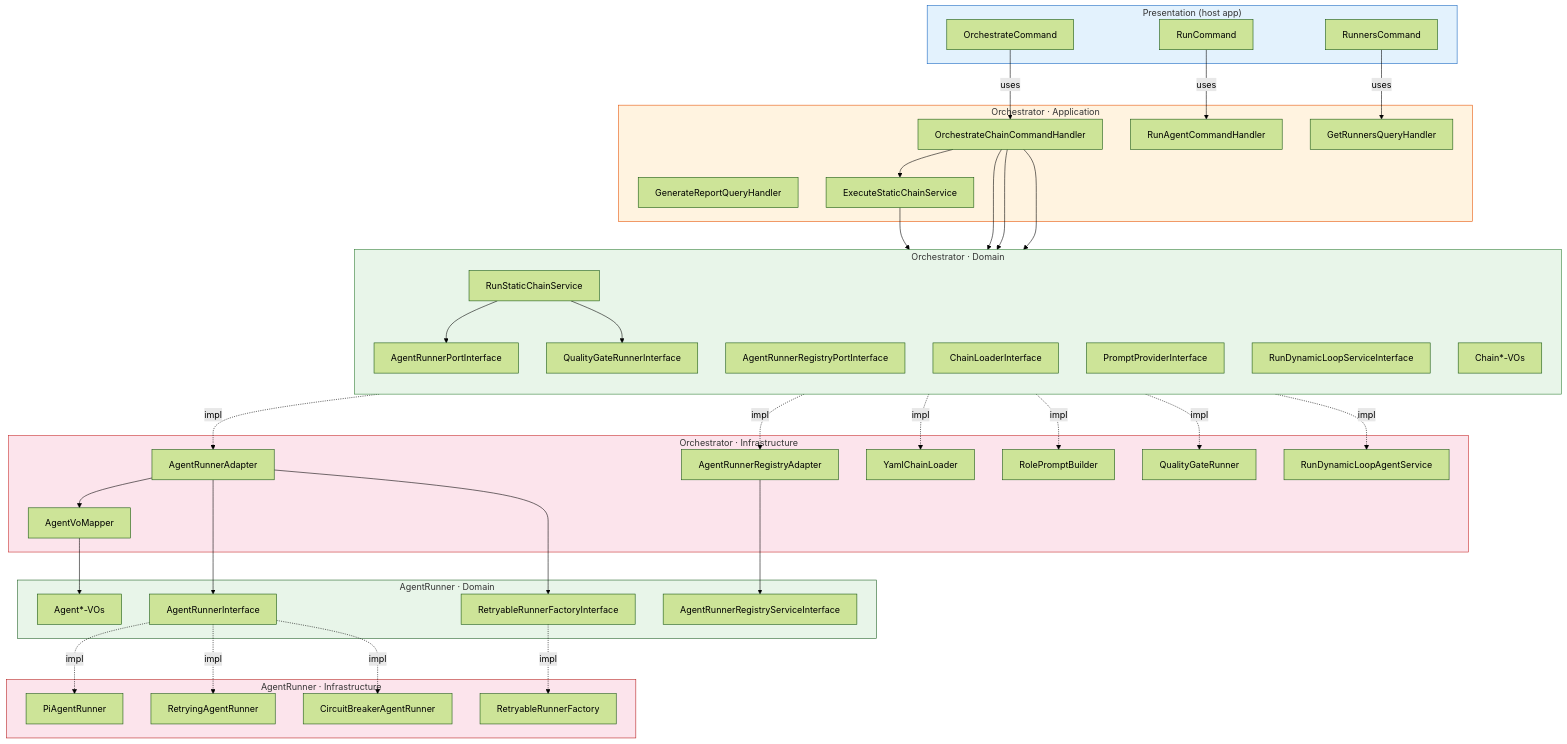
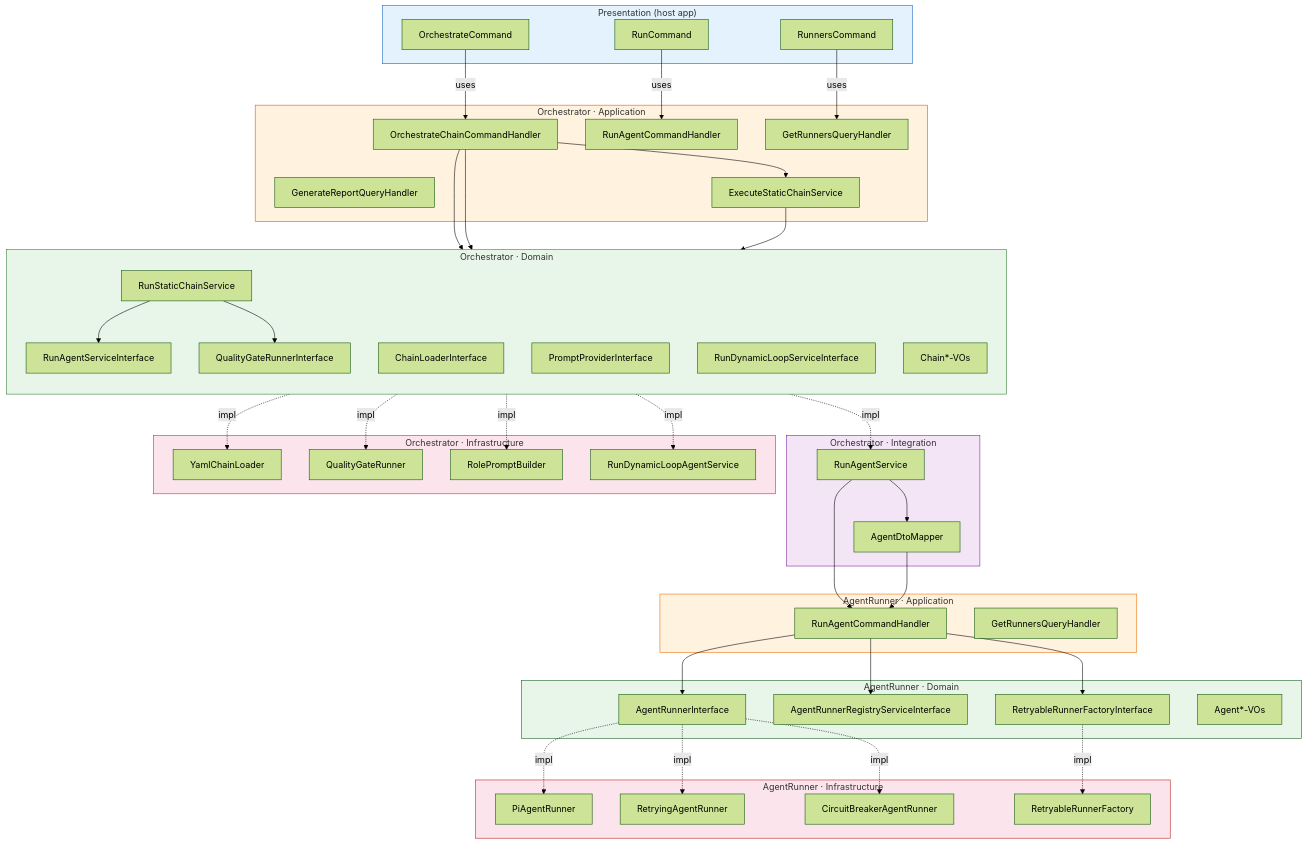
The first of 9 diagrams in docs/guide/diagrams.md (prikotov/task-orchestrator), drawn with Mermaid (forest theme) before and after one commit. The commit also changed other lines of this file and 7 other files, not shown here.

Commit message:
docs(Orchestrator): sync architecture docs from Port/Adapter to Integration layer and add Team Lead delegation rules / синхронизировать архитектурную документацию с кодом и добавить правила делегирования Тимлида

````diff
--- a/docs/guide/diagrams.md
+++ b/docs/guide/diagrams.md
@@ -24,8 +24,7 @@
 
     subgraph OrchDomain["Orchestrator · Domain"]
         direction TB
-        PORT["AgentRunnerPortInterface"]
-        REG_PORT["AgentRunnerRegistryPortInterface"]
+        RASI["RunAgentServiceInterface"]
         CL["ChainLoaderInterface"]
         PP["PromptProviderInterface"]
         QGI["QualityGateRunnerInterface"]
@@ -34,14 +33,21 @@
         VO_ORCH["Chain*-VOs"]
     end
 
+    subgraph OrchInteg["Orchestrator · Integration"]
+        RAS["RunAgentService"]
+        ADM["AgentDtoMapper"]
+    end
+
     subgraph OrchInfra["Orchestrator · Infrastructure"]
-        ADAPTER["AgentRunnerAdapter"]
-        REG_ADAPTER["AgentRunnerRegistryAdapter"]
-        MAPPER["AgentVoMapper"]
         YCL["YamlChainLoader"]
         QG["QualityGateRunner"]
         RPB["RolePromptBuilder"]
         RDLS["RunDynamicLoopAgentService"]
+    end
+
+    subgraph ARApp["AgentRunner · Application"]
+        RACH["RunAgentCommandHandler"]
+        GRACH["GetRunnersQueryHandler"]
     end
 
     subgraph ARDomain["AgentRunner · Domain"]
@@ -64,19 +70,19 @@
 
     CH --> ESC
     CH --> CL
-    CH --> REG_PORT
     CH --> RDLI
     ESC --> RSC
-    RSC --> PORT
+    RSC --> RASI
     RSC --> QGI
 
-    PORT -.->|impl| ADAPTER
-    REG_PORT -.->|impl| REG_ADAPTER
-    ADAPTER --> MAPPER
-    ADAPTER --> AR
-    ADAPTER --> RETRY_F
-    REG_ADAPTER --> REG_AR
-    MAPPER --> VO_AR
+    RASI -.->|impl| RAS
+    RAS --> ADM
+    RAS --> RACH
+    ADM --> RACH
+
+    RACH --> AR
+    RACH --> REG_AR
+    RACH --> RETRY_F
 
     AR -.->|impl| PI
     AR -.->|impl| RET
@@ -90,7 +96,9 @@
     style Presentation fill:#e3f2fd,stroke:#1565c0
     style OrchApp fill:#fff3e0,stroke:#e65100
     style OrchDomain fill:#e8f5e9,stroke:#2e7d32
+    style OrchInteg fill:#f3e5f5,stroke:#7b1fa2
     style OrchInfra fill:#fce4ec,stroke:#c62828
+    style ARApp fill:#fff3e0,stroke:#ef6c00
     style ARDomain fill:#e8f5e9,stroke:#1b5e20
     style ARInfra fill:#fce4ec,stroke:#b71c1c
 ```
````
